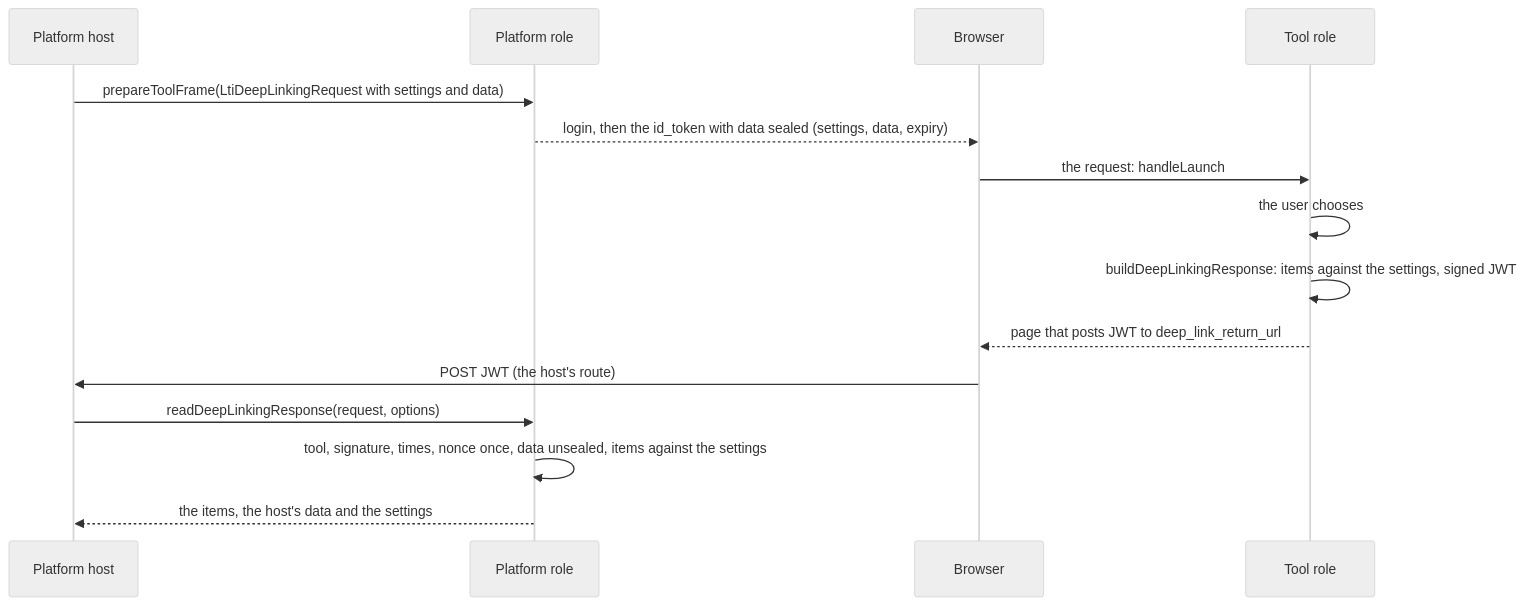
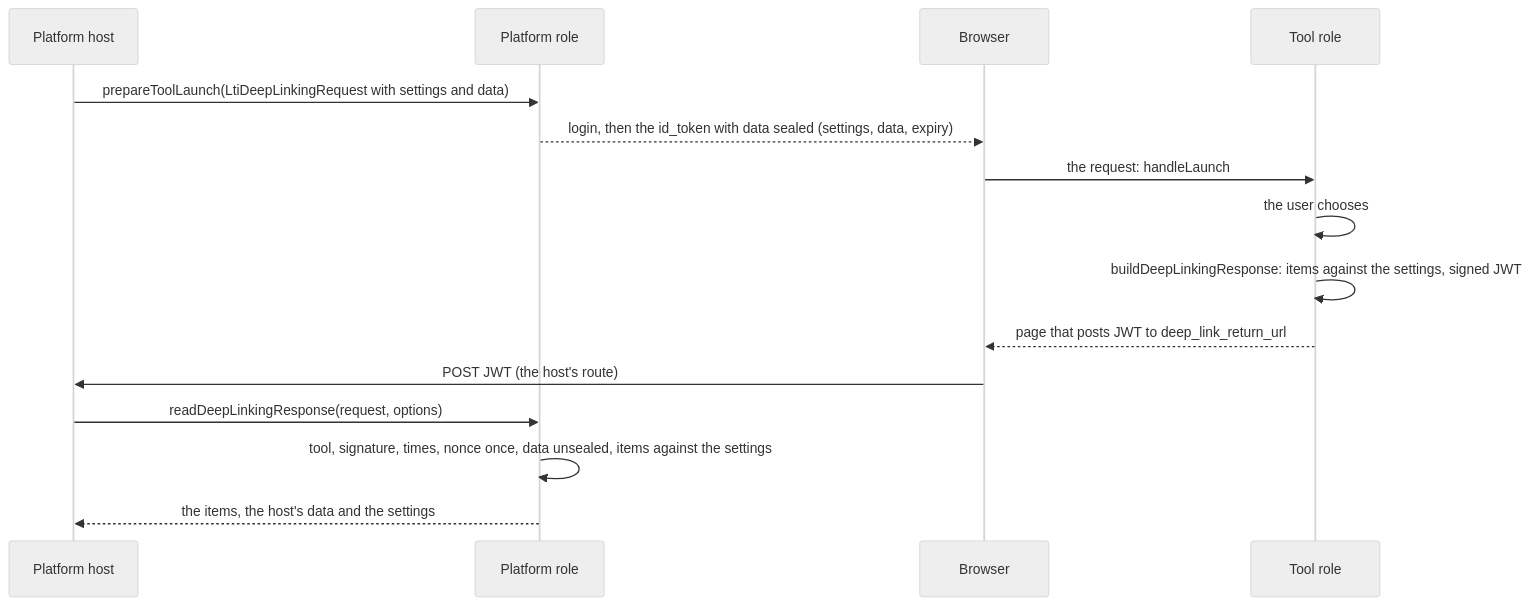
The diagram in docs/tool-integration/deep-linking.md (interopkit/interopkit), drawn with Mermaid (neutral theme) before and after one commit. The commit also changed 22 other files, not shown here.

First line of the commit message:
Prepare a launch with one function, prepareToolLaunch, and fix the names of the two frames

````diff
--- a/docs/tool-integration/deep-linking.md
+++ b/docs/tool-integration/deep-linking.md
@@ -10,17 +10,17 @@
 ```mermaid
 sequenceDiagram
   participant H as Platform host
   participant P as Platform role
   participant B as Browser
   participant T as Tool role
-  H->>P: prepareToolFrame(LtiDeepLinkingRequest with settings and data)
+  H->>P: prepareToolLaunch(LtiDeepLinkingRequest with settings and data)
   P-->>B: login, then the id_token with data sealed (settings, data, expiry)
   B->>T: the request: handleLaunch
   T->>T: the user chooses
   T->>T: buildDeepLinkingResponse: items against the settings, signed JWT
   T-->>B: page that posts JWT to deep_link_return_url
   B->>H: POST JWT (the host's route)
   H->>P: readDeepLinkingResponse(request, options)
   P->>P: tool, signature, times, nonce once, data unsealed, items against the settings
   P-->>H: the items, the host's data and the settings
 ```
````
